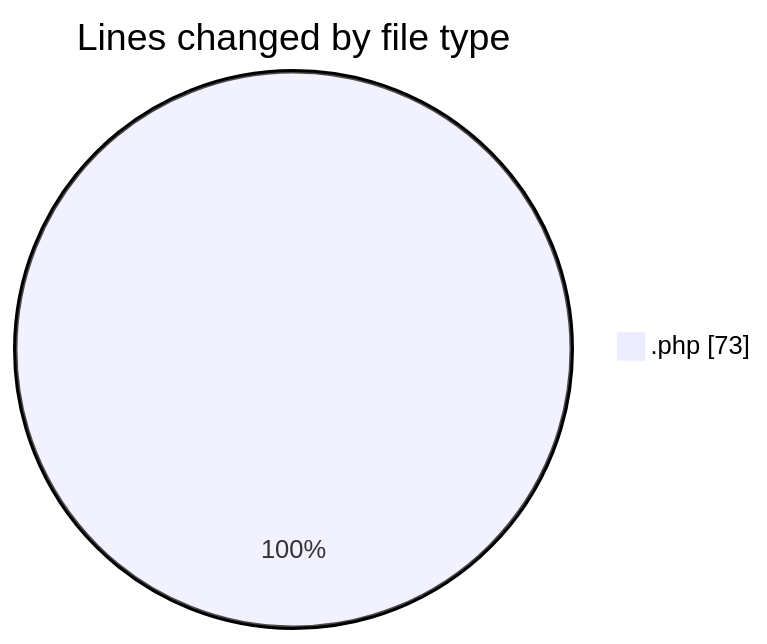
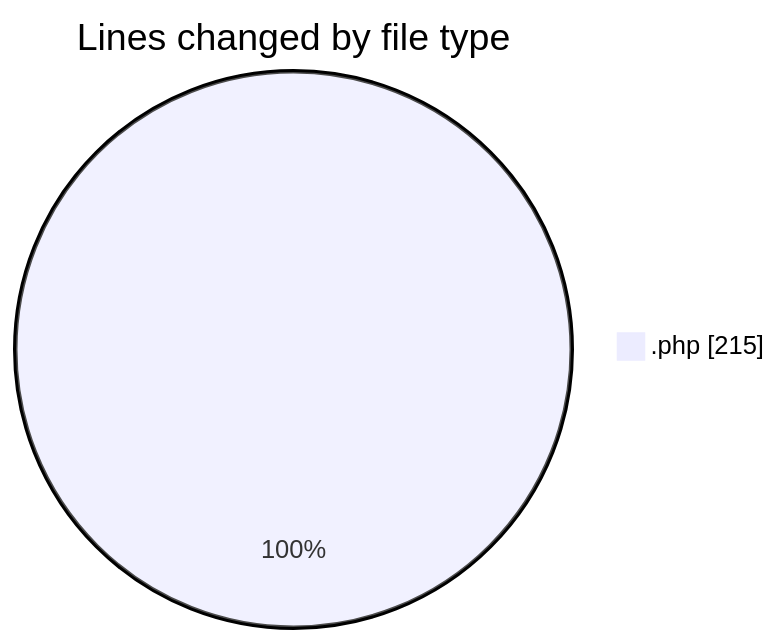
One commit to LanceThiago/code-tracking changed the first of 2 diagrams in 2025-07-01/web/README.md. Above: the diagram before and after it, drawn with Mermaid. The commit also changed other lines of this file and 1 other file, not shown here.

````diff
--- a/2025-07-01/web/README.md
+++ b/2025-07-01/web/README.md
@@ -20,5 +21,5 @@
 ```mermaid
 pie showData
 title Lines changed by file type
-".php" : 73
+".php" : 215
 ```
````
